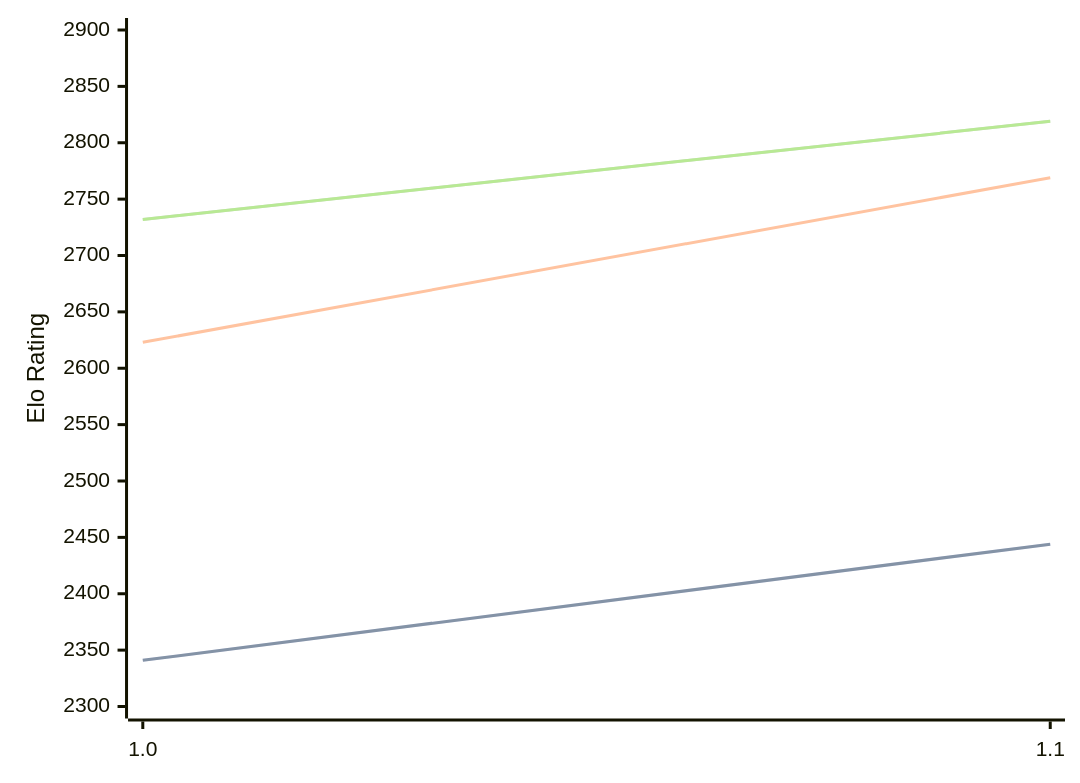
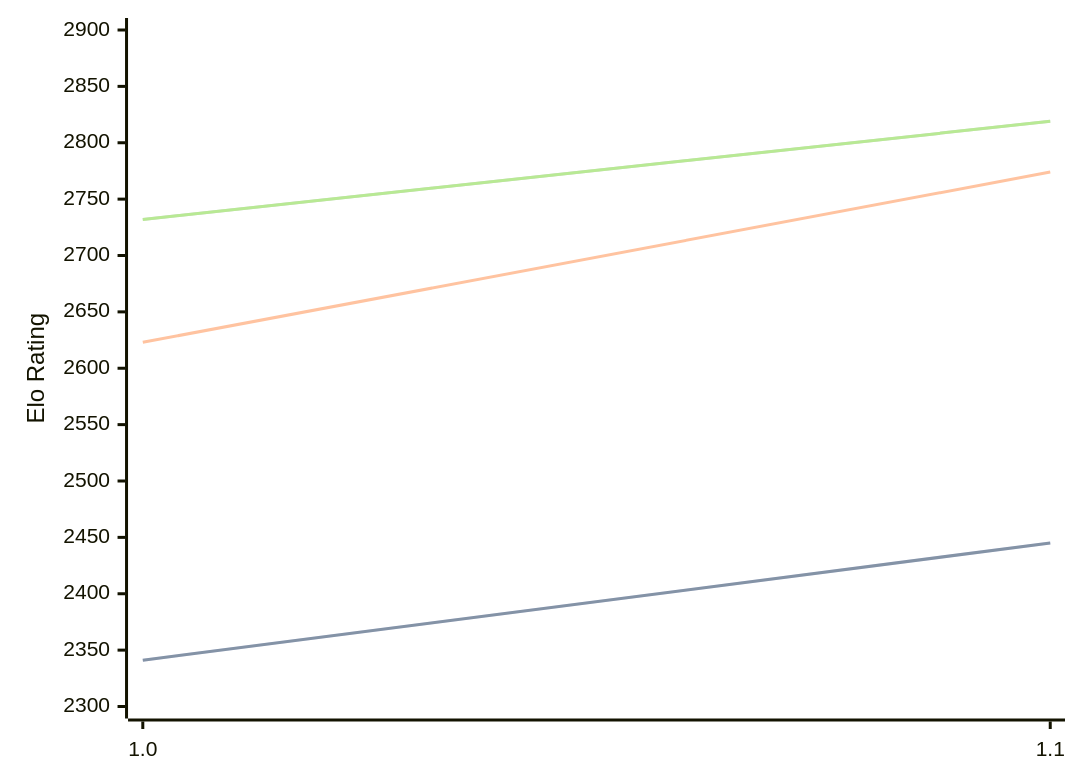
One commit to computer-chess-index/cci changed the diagram in engines/Casanchess.md. Above: the diagram before and after it, drawn with Mermaid. The commit also changed other lines of this file, not shown here.

````diff
--- a/engines/Casanchess.md
+++ b/engines/Casanchess.md
@@ -32,11 +32,11 @@
 ```mermaid
 %%{init: {"theme":"base","themeVariables":{"seriesColors:['#a3a3a3','#222221','#faa371']}}}%%
 xychart-beta
   x-axis ["1.0", "1.1"]
   y-axis "Elo Rating" 2300 --> 2900
-  line "STC (8.0+0.08s)" [2341, 2444]
-  line "STC (8.0+0.08s)" [2341, 2444]
-  line "LTC (60.0+0.60s)" [2623, 2769]
+  line "STC (8.0+0.08s)" [2341, 2445]
+  line "STC (8.0+0.08s)" [2341, 2445]
+  line "LTC (60.0+0.60s)" [2623, 2774]
   line "VLTC (2m24s+1.12s)" [2732, 2819]
   line "VLTC (2m24s+1.12s)" [2732, 2819]
 ```
````
